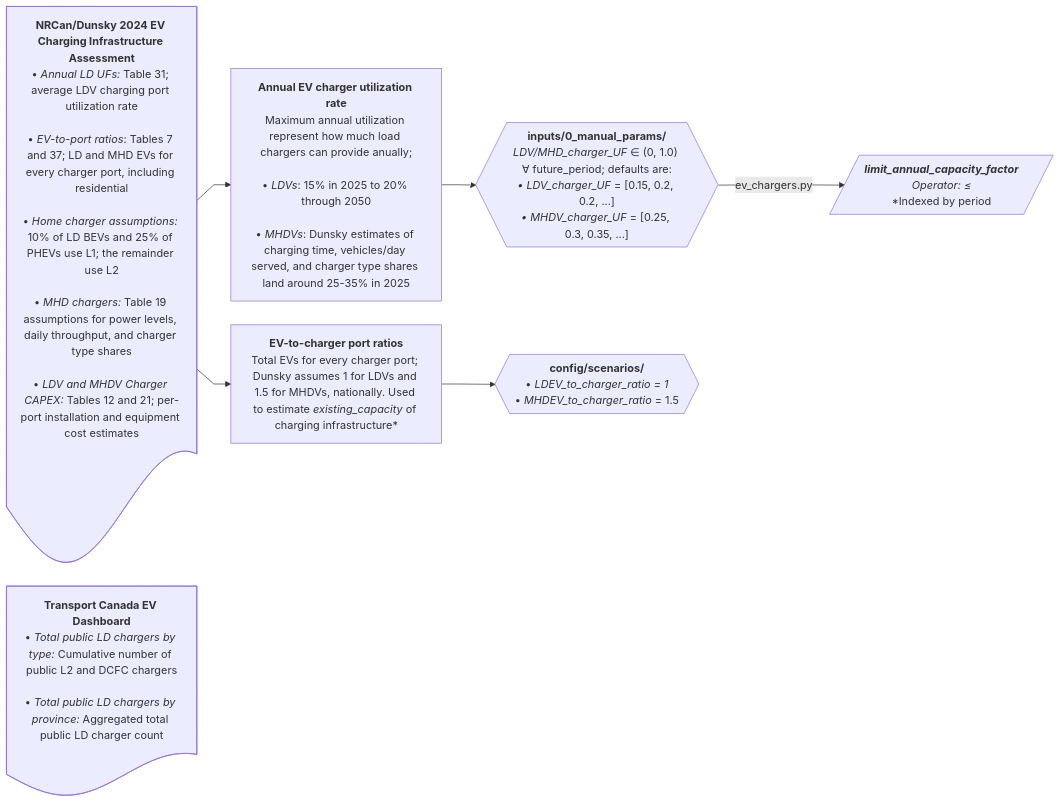
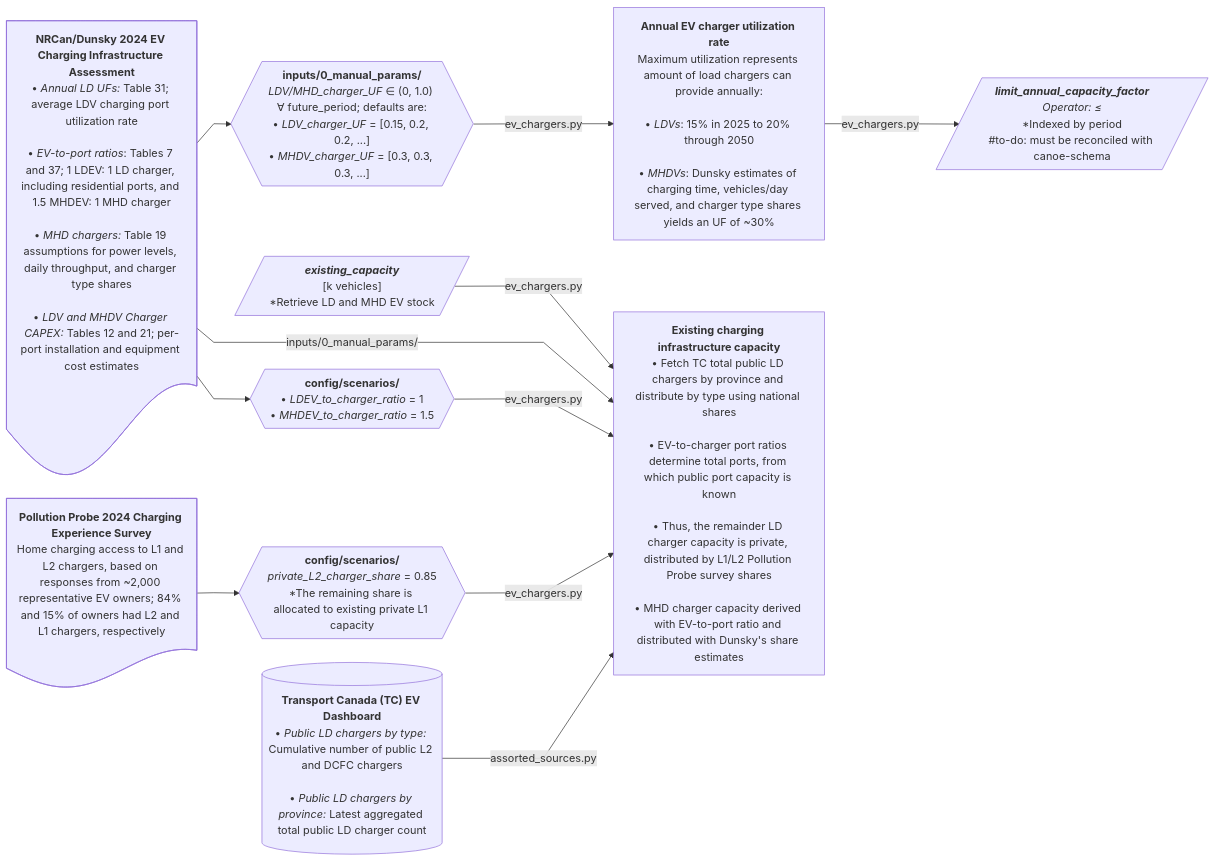
Before and after one commit to CANOE-main/canoe-transportation: diagram 11 of 12 in docs/etl_flowcharts.md, drawn with Mermaid. The commit also changed other lines of this file and 10 other files, not shown here.

````diff
--- a/docs/etl_flowcharts.md
+++ b/docs/etl_flowcharts.md
@@ -749,32 +928,66 @@
 ```mermaid
 ---
 config:
   layout: dagre
   flowchart:
     nodeSpacing: 35
     rankSpacing: 50
     wrappingWidth: 250
     curve: linear
 ---
 flowchart LR
-  %% --- Sources ---
-  s1@{shape: doc, label: "**NRCan/Dunsky 2024 EV Charging Infrastructure Assessment**<br>• *Annual LD UFs:* Table 31; average LDV charging port utilization rate<br><br>• *EV-to-port ratios*: Tables 7 and 37; LD and MHD EVs for every charger port, including residential<br><br>• *Home charger assumptions:* 10% of LD BEVs and 25% of PHEVs use L1; the remainder use L2<br><br>• *MHD chargers:* Table 19 assumptions for power levels, daily throughput, and charger type shares<br><br>• *LDV and MHDV Charger CAPEX:* Tables 12 and 21; per-port installation and equipment cost estimates"}
+  %% ########### Sources ###########
+  s1@{shape: doc, label: "**NRCan/Dunsky 2024 EV Charging Infrastructure Assessment**
+    • *Annual LD UFs:* Table 31; average LDV charging port utilization rate<br>
+    • *EV-to-port ratios*: Tables 7 and 37; 1 LDEV: 1 LD charger, including residential ports, and 1.5 MHDEV: 1 MHD charger<br>
+    • *MHD chargers:* Table 19 assumptions for power levels, daily throughput, and charger type shares<br>
+    • *LDV and MHDV Charger CAPEX:* Tables 12 and 21; per-port installation and equipment cost estimates"}
+  s2[("`**Transport Canada (TC) EV Dashboard**
+    • *Public LD chargers by type:* Cumulative number of public L2 and DCFC chargers<br>
+    • *Public LD chargers by province:* Latest aggregated total public LD charger count`")]
+  s3@{shape: doc, label: "**Pollution Probe 2024 Charging Experience Survey**
+    Home charging access to L1 and L2 chargers, based on responses from ~2,000 representative EV owners; 84% and 15% of owners had L2 and L1 chargers, respectively"}
+  
 
-  s2@{shape: doc, label: "**Transport Canada EV Dashboard**<br>• *Total public LD chargers by type:* Cumulative number of public L2 and DCFC chargers<br><br>• *Total public LD chargers by province:* Aggregated total public LD charger count"}  
+  %% ########### Processes ###########
+  p1["`**Annual EV charger utilization rate**
+    Maximum utilization represents amount of load chargers can provide annually:<br>
+    • *LDVs*: 15% in 2025 to 20% through 2050<br>
+    • *MHDVs*: Dunsky estimates of charging time, vehicles/day served, and charger type shares yields an UF of ~30%`"]
+  p1_2@{shape: hex, label: "**inputs/0_manual_params/**
+    *LDV/MHD_charger_UF* ∈ (0, 1.0) ∀ future_period; defaults are:
+    • *LDV_charger_UF* = [0.15, 0.2, 0.2, ...]
+    • *MHDV_charger_UF* = [0.3, 0.3, 0.3, ...]"}
+  s1 --> p1_2 -- ev_chargers.py --> p1
+  p1 -- ev_chargers.py --> o1[/"`***limit_annual_capacity_factor***
+    *Operator: ≤*
+    *Indexed by period
+    #to-do: must be reconciled with canoe-schema`"/]
 
-  %% --- Processes --- #to-do - note that I started doing shat I shouldn't in 
-  p1["`**Annual EV charger utilization rate**<br>Maximum annual utilization represent how much load chargers can provide anually;<br><br>• *LDVs*: 15% in 2025 to 20% through 2050<br><br>• *MHDVs*: Dunsky estimates of charging time, vehicles/day served, and charger type shares land around 25-35% in 2025`"]
-  p1_2@{shape: hex, label: "**inputs/0_manual_params/**<br>*LDV/MHD_charger_UF* ∈ (0, 1.0) ∀ future_period; defaults are:<br>*• LDV_charger_UF* = [0.15, 0.2, 0.2, ...]<br>*• MHDV_charger_UF* = [0.25, 0.3, 0.35, ...]"}
-  s1 --> p1 --> p1_2
-  p1_2 -- ev_chargers.py --> o1[/"`***limit_annual_capacity_factor***<br>*Operator: ≤*<br>*Indexed by period`"/]
-
-  p2["`**EV-to-charger port ratios**<br>Total EVs for every charger port; Dunsky assumes 1 for LDVs and 1.5 for MHDVs, nationally. Used to estimate *existing_capacity* of charging infrastructure*`"]
-  p2_2@{shape: hex, label: "**config/scenarios/**<br>• *LDEV_to_charger_ratio = 1<br>*• *MHDEV_to_charger_ratio* = 1.5"}
-  s1 --> p2 --> p2_2
+  o0[/"`***existing_capacity***
+    [k vehicles]
+    *Retrieve LD and MHD EV stock`"/]
+  p2["`**Existing charging infrastructure capacity**
+    • Fetch TC total public LD chargers by province and distribute by type using national shares<br>
+    • EV-to-charger port ratios determine total ports, from which public port capacity is known<br>
+    • Thus, the remainder LD charger capacity is private, distributed by L1/L2 Pollution Probe survey shares<br>
+    • MHD charger capacity derived with EV-to-port ratio and distributed with Dunsky's share estimates`"]
+  p2_2@{shape: hex, label: "**config/scenarios/**
+    • *LDEV_to_charger_ratio* = 1
+    • *MHDEV_to_charger_ratio* = 1.5"}
+  p2_3@{shape: hex, label: "**config/scenarios/**
+    *private_L2_charger_share* = 0.85
+    *The remaining share is allocated to existing private L1 capacity"}
+  s2 -- assorted_sources.py --> p2
+  s3 --> p2_3 -- ev_chargers.py --> p2
+  s1 --> p2_2 -- ev_chargers.py --> p2
+  s1 -- inputs/0_manual_params/ --> p2
+  o0 -- ev_chargers.py --> p2
 
 
 
   %% --- Hyperlinks ---
   click s1 "https://natural-resources.canada.ca/energy-efficiency/transportation-energy-efficiency/resource-library/electric-vehicle-charging-infrastructure-canada#a34"
   click s2 "https://tc.canada.ca/en/road-transportation/innovative-technologies/electric-vehicles/canada-electric-vehicle-dashboard"
+  click s3 "https://www.pollutionprobe.org/pollution-probe-2024-canadian-electric-vehicle-owner-charging-experience-survey-report/"
 ```
````
